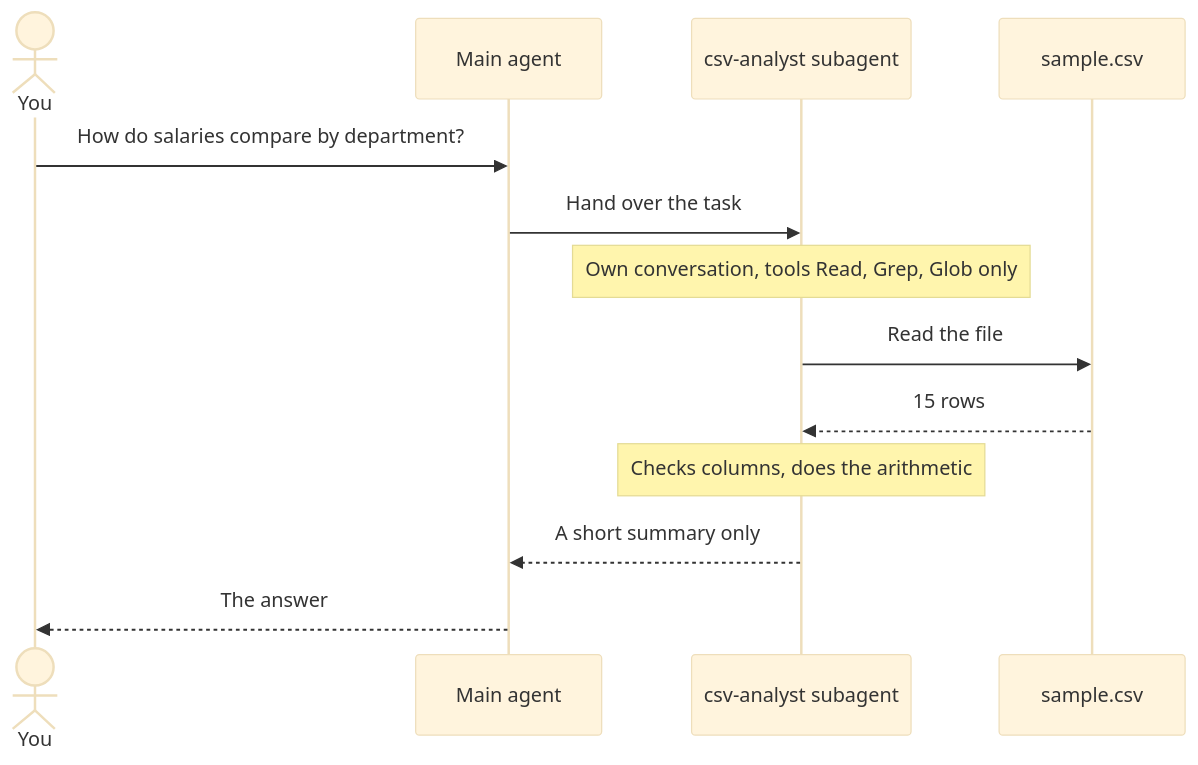
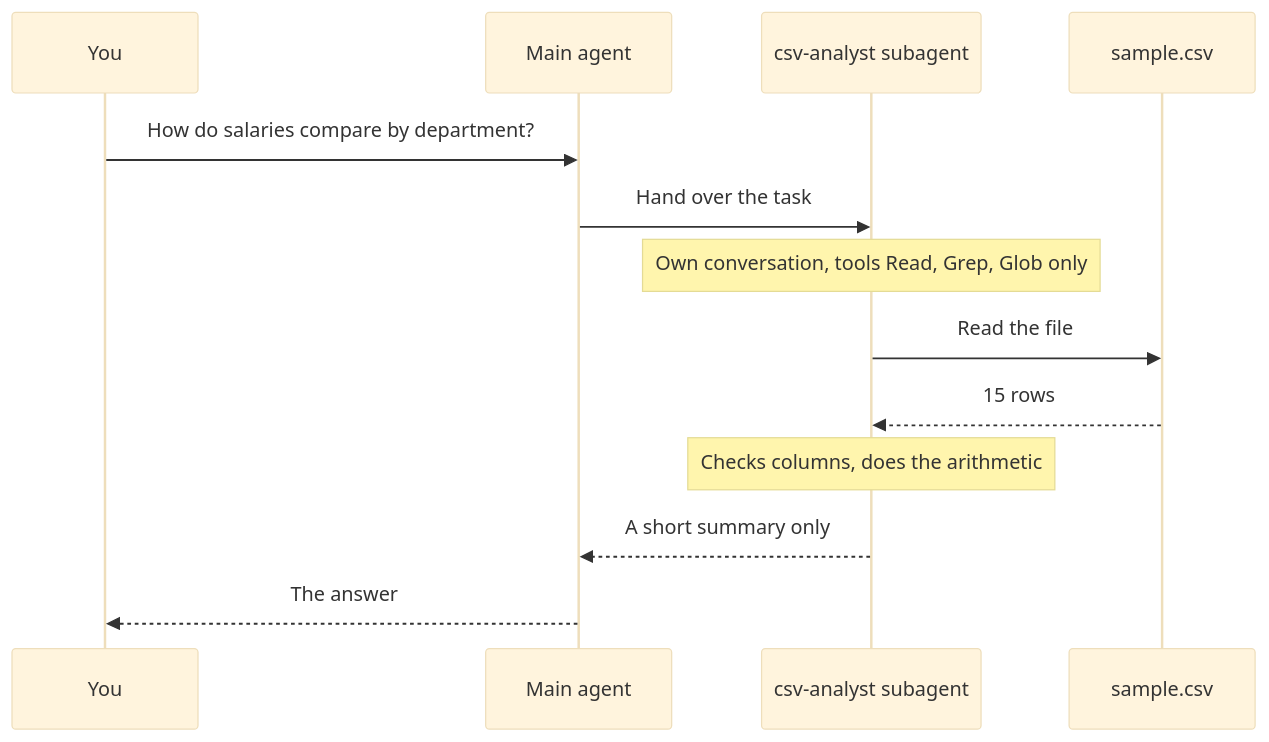
The fifth of 10 diagrams in docs/INTRO-TO-AGENTS.md (iportilla/agents), drawn with Mermaid (base theme) before and after one commit. The commit also changed other lines of this file, not shown here.

First line of the commit message:
Fix clashing Mermaid node names in the intro guide

````diff
--- a/docs/INTRO-TO-AGENTS.md
+++ b/docs/INTRO-TO-AGENTS.md
@@ -207,15 +207,15 @@
 ```mermaid
 sequenceDiagram
-    actor You
-    participant Main as Main agent
-    participant Sub as csv-analyst subagent
-    participant F as sample.csv
-    You->>Main: How do salaries compare by department?
-    Main->>Sub: Hand over the task
-    Note over Sub: Own conversation, tools Read, Grep, Glob only
-    Sub->>F: Read the file
-    F-->>Sub: 15 rows
-    Note over Sub: Checks columns, does the arithmetic
-    Sub-->>Main: A short summary only
-    Main-->>You: The answer
+    participant d4_You as You
+    participant d4_Main as Main agent
+    participant d4_Sub as csv-analyst subagent
+    participant d4_F as sample.csv
+    d4_You->>d4_Main: How do salaries compare by department?
+    d4_Main->>d4_Sub: Hand over the task
+    Note over d4_Sub: Own conversation, tools Read, Grep, Glob only
+    d4_Sub->>d4_F: Read the file
+    d4_F-->>d4_Sub: 15 rows
+    Note over d4_Sub: Checks columns, does the arithmetic
+    d4_Sub-->>d4_Main: A short summary only
+    d4_Main-->>d4_You: The answer
 ```
````
